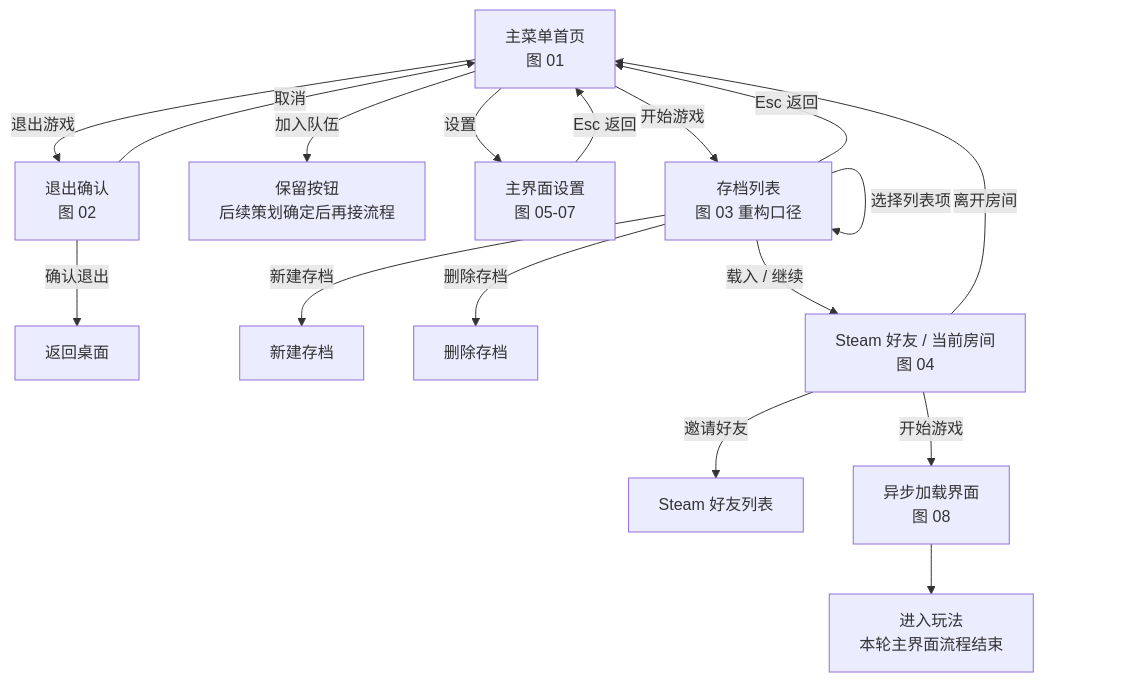
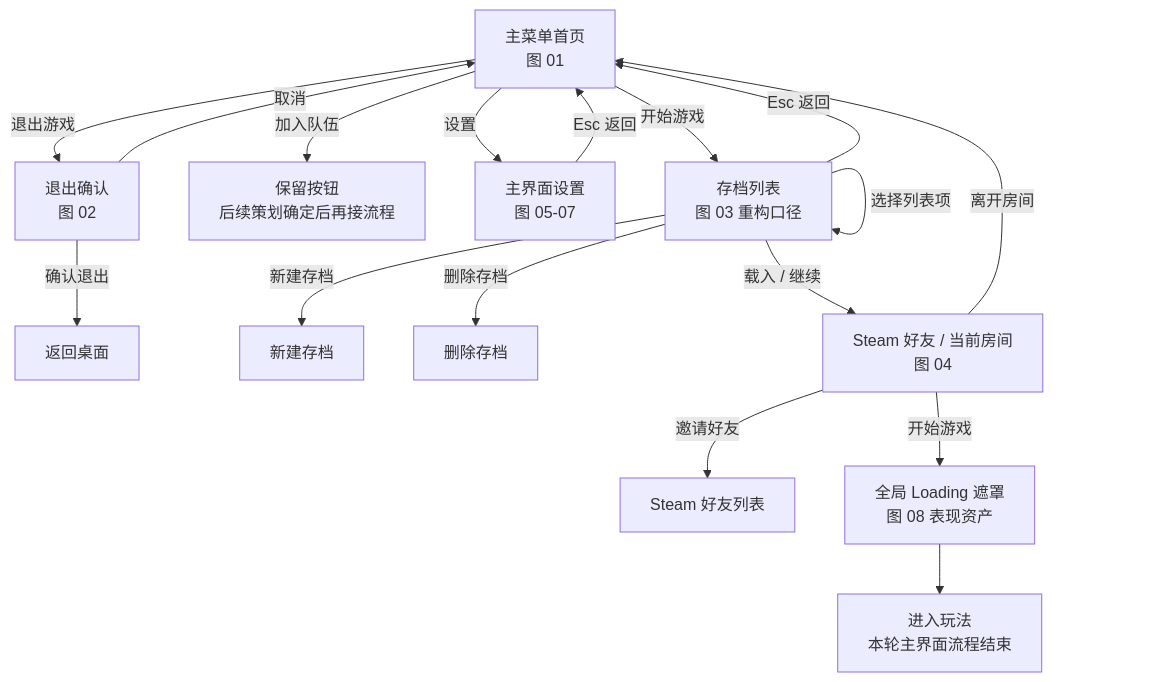
Before and after one commit to FrozenfishKiel/Catfishing: the diagram in Docs/Development/主界面重构设计笔记.md, drawn with Mermaid. The commit also changed other lines of this file and 2 other files, not shown here.

````diff
--- a/Docs/Development/主界面重构设计笔记.md
+++ b/Docs/Development/主界面重构设计笔记.md
@@ -46,23 +46,23 @@
 ```mermaid
 flowchart TD
     A["主菜单首页<br/>图 01"] -->|开始游戏| B["存档列表<br/>图 03 重构口径"]
     A -->|加入队伍| J["保留按钮<br/>后续策划确定后再接流程"]
     A -->|设置| S1["主界面设置<br/>图 05-07"]
     A -->|退出游戏| Q["退出确认<br/>图 02"]
 
     Q -->|取消| A
     Q -->|确认退出| X["返回桌面"]
 
     B -->|选择列表项| B
     B -->|新建存档| B1["新建存档"]
     B -->|删除存档| B2["删除存档"]
     B -->|Esc 返回| A
     B -->|载入 / 继续| L["Steam 好友 / 当前房间<br/>图 04"]
 
     L -->|邀请好友| L1["Steam 好友列表"]
     L -->|离开房间| A
-    L -->|开始游戏| G["异步加载界面<br/>图 08"]
+    L -->|开始游戏| G["全局 Loading 遮罩<br/>图 08 表现资产"]
     G --> E["进入玩法<br/>本轮主界面流程结束"]
 
     S1 -->|Esc 返回| A
 ```
````
